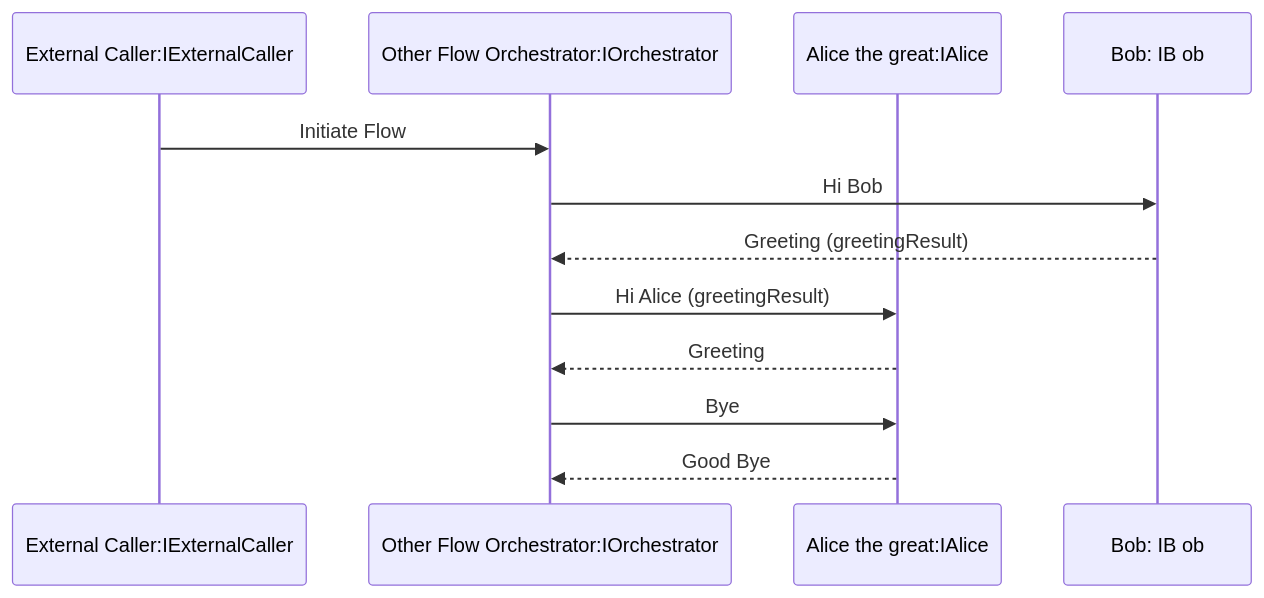
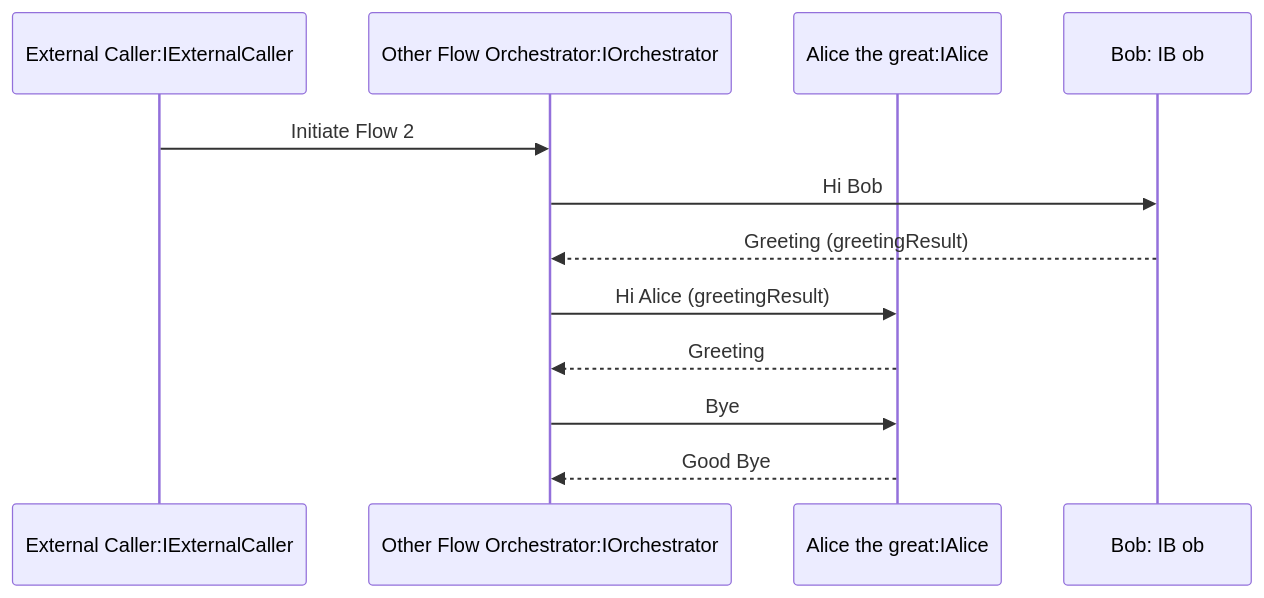
One commit to TheJuanitoLearnsShow/PuppyGeneratorFromDiagrams changed the diagram in src/SequenceSourceGenerator/Puppy.SequenceSourceGenerator/Puppy.SequenceSourceGenerator.Tests/sample-flow-2.md. Above: the diagram before and after it, drawn with Mermaid. The commit also changed 2 other files, not shown here.

Commit message:
Flow name as prefix

````diff
--- a/src/SequenceSourceGenerator/Puppy.SequenceSourceGenerator/Puppy.SequenceSourceGenerator.Tests/sample-flow-2.md
+++ b/src/SequenceSourceGenerator/Puppy.SequenceSourceGenerator/Puppy.SequenceSourceGenerator.Tests/sample-flow-2.md
@@ -2,14 +2,14 @@
 ```mermaid
 sequenceDiagram
     participant api as External Caller:IExternalCaller
     participant o as Other Flow Orchestrator:IOrchestrator
     participant a as Alice the great:IAlice
     participant b as Bob: IB ob
-    api->>o: Initiate Flow
+    api->>o: Initiate Flow 2
     o->>b: Hi Bob
     b-->>o: Greeting (greetingResult)
     o->>a: Hi Alice (greetingResult)
     a-->>o: Greeting
     o->>a: Bye
     a-->>o: Good Bye
 ```
````
